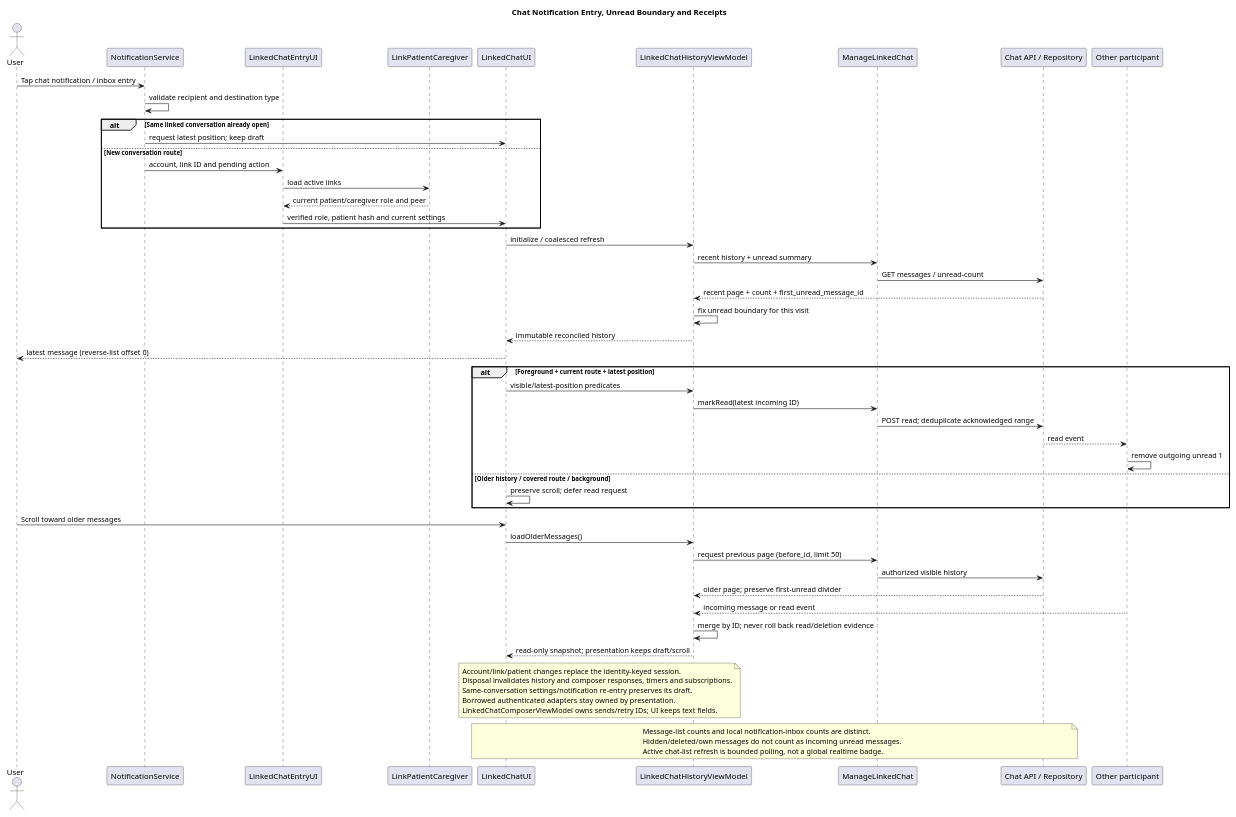
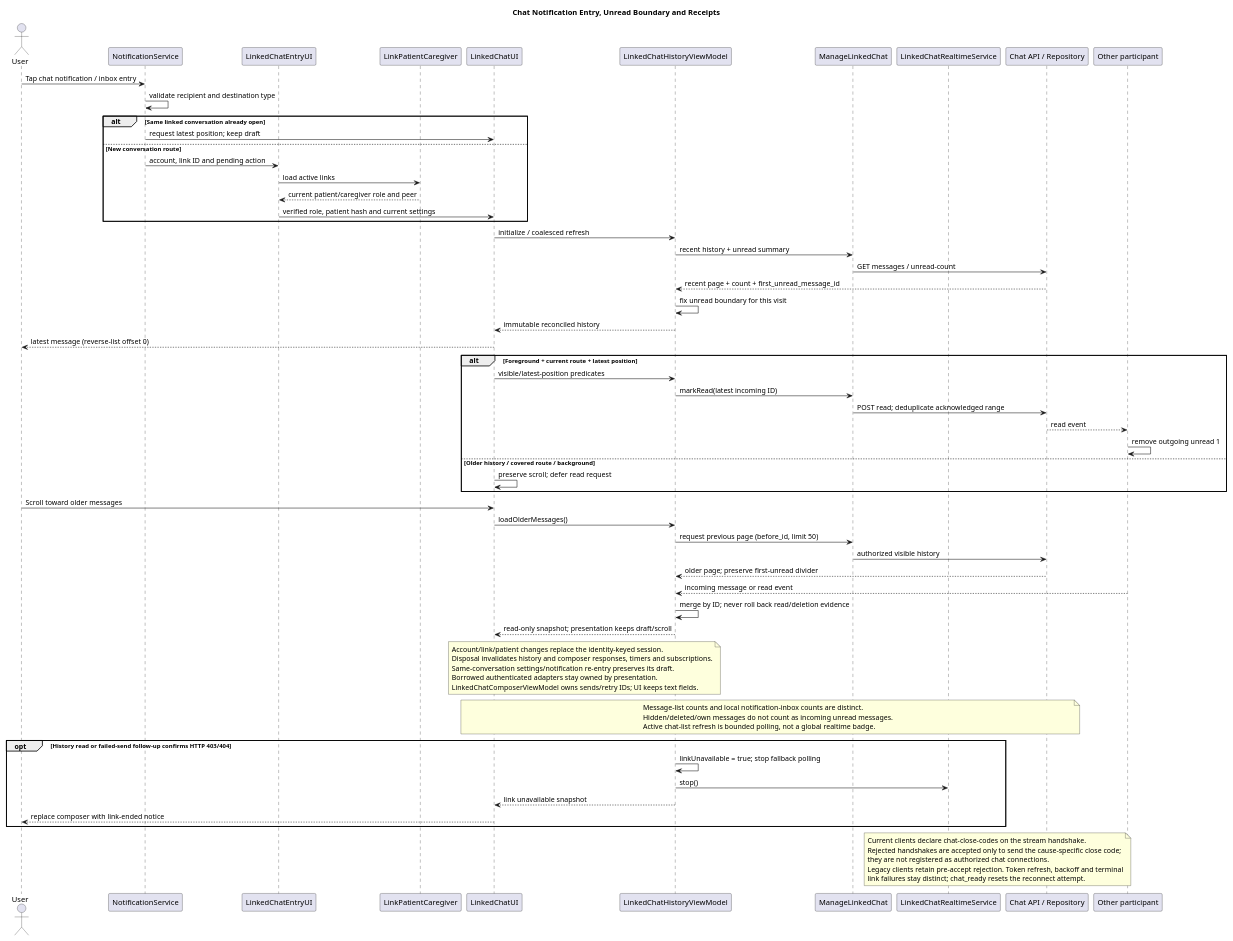
Before and after one commit to 1window2/MedBuddy: the diagram in docs/UML/sequence/ChatReadState.puml, drawn with PlantUML. The commit also changed 10 other files, not shown here.

Commit message:
docs(uml): align dose-day and chat flows with v0.2.2-beta

```diff
--- a/docs/UML/sequence/ChatReadState.puml
+++ b/docs/UML/sequence/ChatReadState.puml
@@ -1,64 +1,78 @@
 @startuml
 scale max 1920 width
 skinparam backgroundColor white
 skinparam shadowing false
 title Chat Notification Entry, Unread Boundary and Receipts
 actor User
 participant "NotificationService" as Notification
 participant "LinkedChatEntryUI" as Entry
 participant "LinkPatientCaregiver" as Link
 participant "LinkedChatUI" as UI
 participant "LinkedChatHistoryViewModel" as History
 participant "ManageLinkedChat" as Control
+participant "LinkedChatRealtimeService" as Realtime
 participant "Chat API / Repository" as API
 participant "Other participant" as Peer
 
 User -> Notification : Tap chat notification / inbox entry
 Notification -> Notification : validate recipient and destination type
 alt Same linked conversation already open
   Notification -> UI : request latest position; keep draft
 else New conversation route
   Notification -> Entry : account, link ID and pending action
   Entry -> Link : load active links
   Link --> Entry : current patient/caregiver role and peer
   Entry -> UI : verified role, patient hash and current settings
 end
 UI -> History : initialize / coalesced refresh
 History -> Control : recent history + unread summary
 Control -> API : GET messages / unread-count
 API --> History : recent page + count + first_unread_message_id
 History -> History : fix unread boundary for this visit
 History --> UI : immutable reconciled history
 UI --> User : latest message (reverse-list offset 0)
 
 alt Foreground + current route + latest position
   UI -> History : visible/latest-position predicates
   History -> Control : markRead(latest incoming ID)
   Control -> API : POST read; deduplicate acknowledged range
   API --> Peer : read event
   Peer -> Peer : remove outgoing unread 1
 else Older history / covered route / background
   UI -> UI : preserve scroll; defer read request
 end
 
 User -> UI : Scroll toward older messages
 UI -> History : loadOlderMessages()
 History -> Control : request previous page (before_id, limit 50)
 Control -> API : authorized visible history
 API --> History : older page; preserve first-unread divider
 Peer --> History : incoming message or read event
 History -> History : merge by ID; never roll back read/deletion evidence
 History --> UI : read-only snapshot; presentation keeps draft/scroll
 note over UI,History
   Account/link/patient changes replace the identity-keyed session.
   Disposal invalidates history and composer responses, timers and subscriptions.
   Same-conversation settings/notification re-entry preserves its draft.
   Borrowed authenticated adapters stay owned by presentation.
   LinkedChatComposerViewModel owns sends/retry IDs; UI keeps text fields.
 end note
 note over UI,API
   Message-list counts and local notification-inbox counts are distinct.
   Hidden/deleted/own messages do not count as incoming unread messages.
   Active chat-list refresh is bounded polling, not a global realtime badge.
 end note
+opt History read or failed-send follow-up confirms HTTP 403/404
+  History -> History : linkUnavailable = true; stop fallback polling
+  History -> Realtime : stop()
+  History --> UI : link unavailable snapshot
+  UI --> User : replace composer with link-ended notice
+end
+note over Realtime,API
+  Current clients declare chat-close-codes on the stream handshake.
+  Rejected handshakes are accepted only to send the cause-specific close code;
+  they are not registered as authorized chat connections.
+  Legacy clients retain pre-accept rejection. Token refresh, backoff and terminal
+  link failures stay distinct; chat_ready resets the reconnect attempt.
+end note
 @enduml
```
